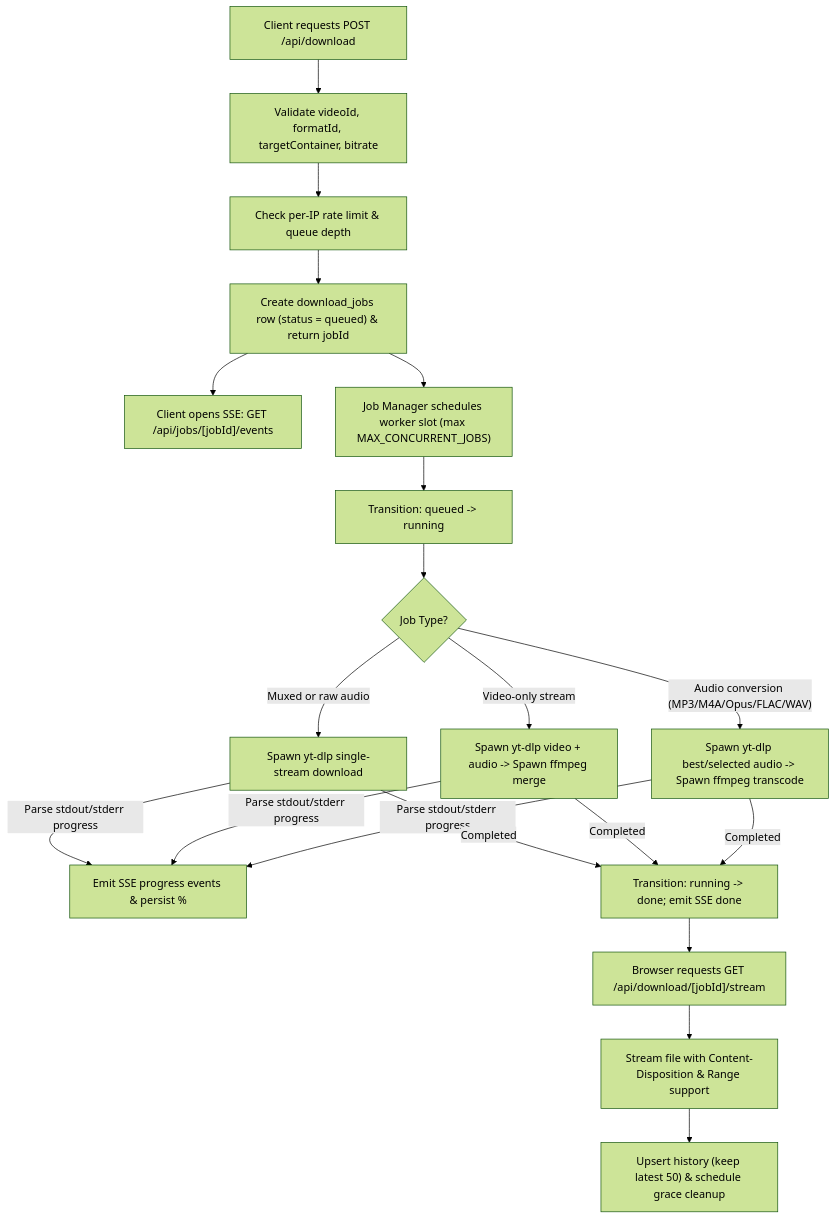
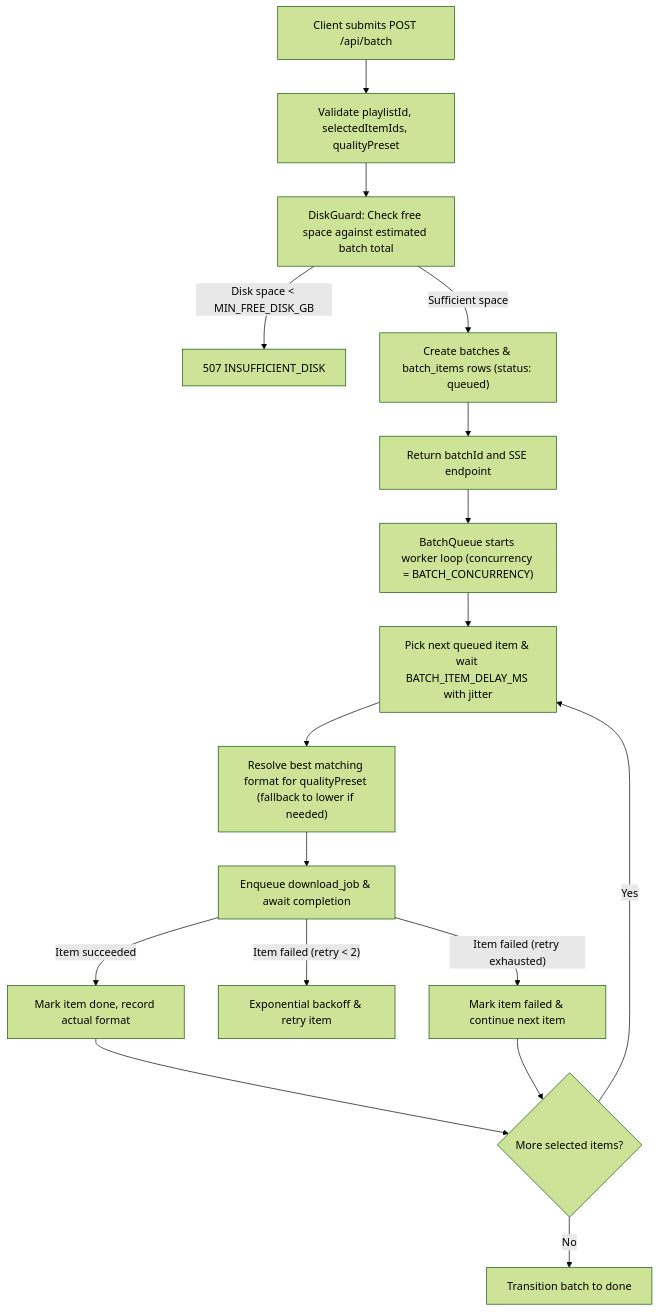
One commit to ensachin5/RetroTube changed the fourth of 5 diagrams in docs/HLD.md. Above: the diagram before and after it, drawn with Mermaid (forest theme). The commit also changed other lines of this file and 61 other files, not shown here.

Commit message:
Add v2 playlist support

````diff
--- a/docs/HLD.md
+++ b/docs/HLD.md
@@ -113,18 +126,18 @@
 ```mermaid
 flowchart TD
-    A["Client requests POST /api/download"] --> B["Validate videoId, formatId, targetContainer, bitrate"]
-    B --> C["Check per-IP rate limit & queue depth"]
-    C --> D["Create download_jobs row (status = queued) & return jobId"]
-    D --> E["Client opens SSE: GET /api/jobs/[jobId]/events"]
-    D --> F["Job Manager schedules worker slot (max MAX_CONCURRENT_JOBS)"]
-    F --> G["Transition: queued -> running"]
-    G --> H{"Job Type?"}
-    H -->|"Muxed or raw audio"| I["Spawn yt-dlp single-stream download"]
-    H -->|"Video-only stream"| J["Spawn yt-dlp video + audio -> Spawn ffmpeg merge"]
-    H -->|"Audio conversion (MP3/M4A/Opus/FLAC/WAV)"| K["Spawn yt-dlp best/selected audio -> Spawn ffmpeg transcode"]
-    I & J & K -->|"Parse stdout/stderr progress"| L["Emit SSE progress events & persist %"]
-    I & J & K -->|"Completed"| M["Transition: running -> done; emit SSE done"]
-    M --> N["Browser requests GET /api/download/[jobId]/stream"]
-    N --> O["Stream file with Content-Disposition & Range support"]
-    O --> P["Upsert history (keep latest 50) & schedule grace cleanup"]
+    A["Client submits POST /api/batch"] --> B["Validate playlistId, selectedItemIds, qualityPreset"]
+    B --> DG["DiskGuard: Check free space against estimated batch total"]
+    DG -->|"Disk space < MIN_FREE_DISK_GB"| E1["507 INSUFFICIENT_DISK"]
+    DG -->|"Sufficient space"| C["Create batches & batch_items rows (status: queued)"]
+    C --> D["Return batchId and SSE endpoint"]
+    D --> E["BatchQueue starts worker loop (concurrency = BATCH_CONCURRENCY)"]
+    E --> F["Pick next queued item & wait BATCH_ITEM_DELAY_MS with jitter"]
+    F --> G["Resolve best matching format for qualityPreset (fallback to lower if needed)"]
+    G --> H["Enqueue download_job & await completion"]
+    H -->|"Item succeeded"| I["Mark item done, record actual format"]
+    H -->|"Item failed (retry < 2)"| J["Exponential backoff & retry item"]
+    H -->|"Item failed (retry exhausted)"| K["Mark item failed & continue next item"]
+    I & K --> L{"More selected items?"}
+    L -->|"Yes"| F
+    L -->|"No"| M["Transition batch to done"]
 ```
````
